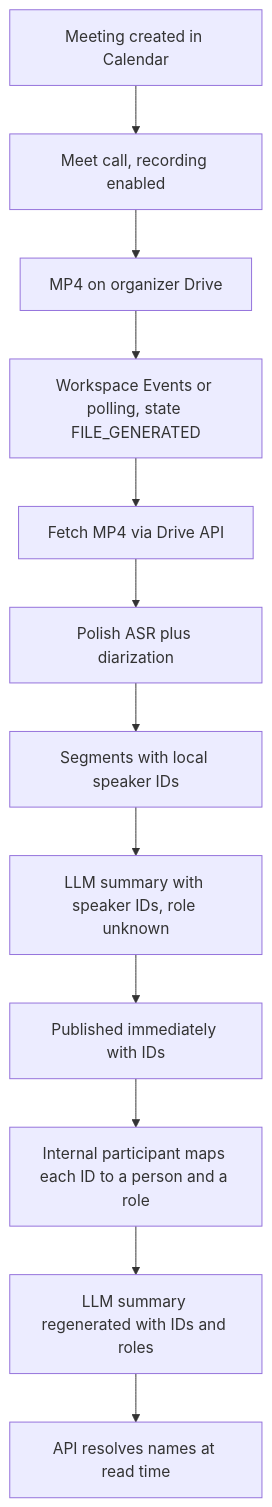
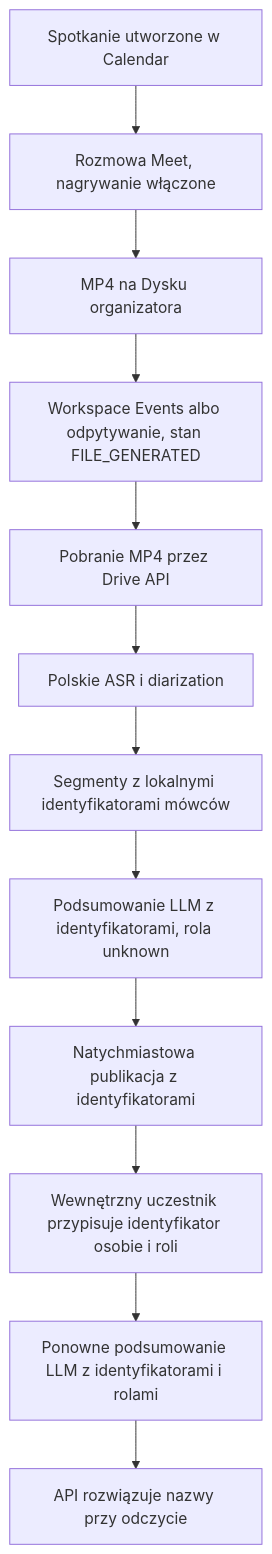
The diagram in notes/transcription-workflow-recap.md (viventer/vinseo-asystent-spotkan), drawn with Mermaid before and after one commit. The commit also changed other lines of this file and 3 other files, not shown here.

````diff
--- a/notes/transcription-workflow-recap.md
+++ b/notes/transcription-workflow-recap.md
@@ -73,14 +73,14 @@
 ```mermaid
 flowchart TD
-  CalendarEvent[Meeting created in Calendar] --> MeetCall[Meet call, recording enabled]
-  MeetCall --> DriveMp4[MP4 on organizer Drive]
-  DriveMp4 --> EventOrPoll[Workspace Events or polling, state FILE_GENERATED]
-  EventOrPoll --> Fetch[Fetch MP4 via Drive API]
-  Fetch --> Asr[Polish ASR plus diarization]
-  Asr --> Segments[Segments with local speaker IDs]
-  Segments --> Summary[LLM summary with speaker IDs, role unknown]
-  Summary --> Publish[Published immediately with IDs]
-  Publish --> Mapping[Internal participant maps each ID to a person and a role]
-  Mapping --> Resummary[LLM summary regenerated with IDs and roles]
-  Resummary --> ReadView[API resolves names at read time]
+  CalendarEvent[Spotkanie utworzone w Calendar] --> MeetCall[Rozmowa Meet, nagrywanie włączone]
+  MeetCall --> DriveMp4[MP4 na Dysku organizatora]
+  DriveMp4 --> EventOrPoll[Workspace Events albo odpytywanie, stan FILE_GENERATED]
+  EventOrPoll --> Fetch[Pobranie MP4 przez Drive API]
+  Fetch --> Asr[Polskie ASR i diarization]
+  Asr --> Segments[Segmenty z lokalnymi identyfikatorami mówców]
+  Segments --> Summary[Podsumowanie LLM z identyfikatorami, rola unknown]
+  Summary --> Publish[Natychmiastowa publikacja z identyfikatorami]
+  Publish --> Mapping[Wewnętrzny uczestnik przypisuje identyfikator osobie i roli]
+  Mapping --> Resummary[Ponowne podsumowanie LLM z identyfikatorami i rolami]
+  Resummary --> ReadView[API rozwiązuje nazwy przy odczycie]
 ```
````
